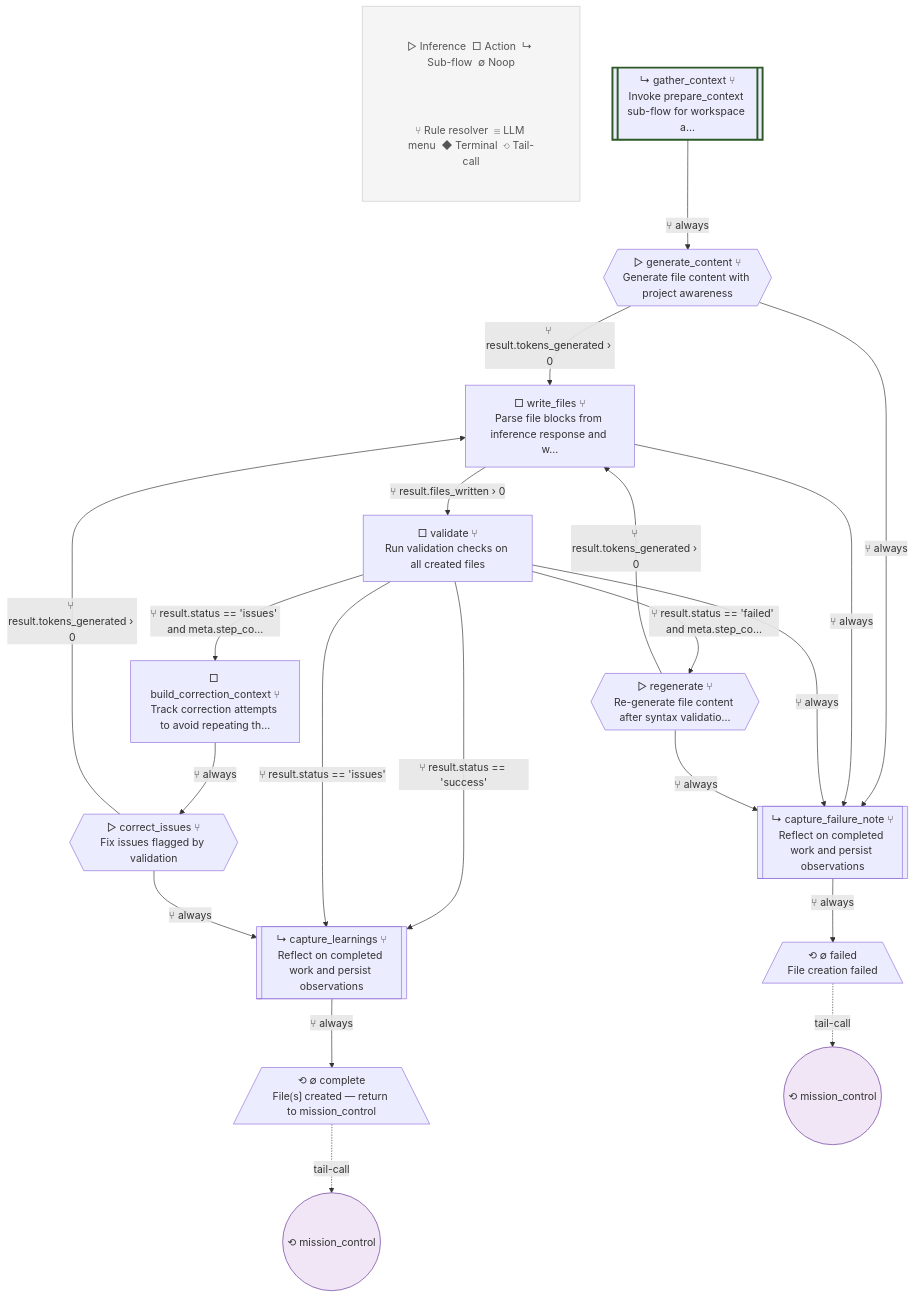
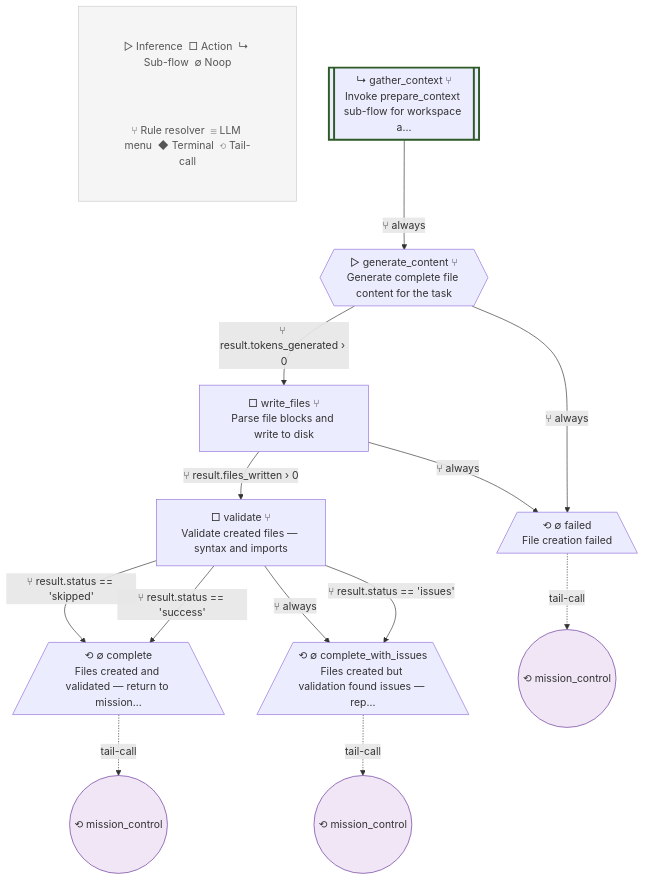
Before and after one commit to lah-rb/ouroboros: the third of 31 diagrams in blueprint.md, drawn with Mermaid. The commit also changed other lines of this file and 32 other files, not shown here.

````diff
--- a/blueprint.md
+++ b/blueprint.md
@@ -403,51 +462,42 @@
 ```mermaid
 flowchart TD
     %% create_file v3
 
     subgraph Legend[" "]
         L1["▷ Inference  □ Action  ↳ Sub-flow  ∅ Noop"]
         L2["⑂ Rule resolver  ☰ LLM menu  ◆ Terminal  ⟲ Tail-call"]
     end
     style Legend fill:#f5f5f5,stroke:#ccc,stroke-width:1px
     style L1 fill:#f5f5f5,stroke:none,color:#555
     style L2 fill:#f5f5f5,stroke:none,color:#555
 
     gather_context[["↳ gather_context ⑂\nInvoke prepare_context sub-flow for workspace a..."]]
-    generate_content{{"▷ generate_content ⑂\nGenerate file content with project awareness"}}
-    write_files["□ write_files ⑂\nParse file blocks from inference response and w..."]
-    validate["□ validate ⑂\nRun validation checks on all created files"]
-    build_correction_context["□ build_correction_context ⑂\nTrack correction attempts to avoid repeating th..."]
-    correct_issues{{"▷ correct_issues ⑂\nFix issues flagged by validation"}}
-    regenerate{{"▷ regenerate ⑂\nRe-generate file content after syntax validatio..."}}
-    capture_learnings[["↳ capture_learnings ⑂\nReflect on completed work and persist observations"]]
-    complete[/"⟲ ∅ complete\nFile⟮s⟯ created — return to mission_control"\]
-    capture_failure_note[["↳ capture_failure_note ⑂\nReflect on completed work and persist observations"]]
+    generate_content{{"▷ generate_content ⑂\nGenerate complete file content for the task"}}
+    write_files["□ write_files ⑂\nParse file blocks and write to disk"]
+    validate["□ validate ⑂\nValidate created files — syntax and imports"]
+    complete[/"⟲ ∅ complete\nFiles created and validated — return to mission..."\]
+    complete_with_issues[/"⟲ ∅ complete_with_issues\nFiles created but validation found issues — rep..."\]
     failed[/"⟲ ∅ failed\nFile creation failed"\]
 
     style gather_context stroke-width:3px,stroke:#2d5a27
 
     gather_context -->|⑂ always| generate_content
     generate_content -->|⑂ result.tokens_generated › 0| write_files
-    generate_content -->|⑂ always| capture_failure_note
+    generate_content -->|⑂ always| failed
     write_files -->|⑂ result.files_written › 0| validate
-    write_files -->|⑂ always| capture_failure_note
-    validate -->|⑂ result.status == 'success'| capture_learnings
-    validate -->|⑂ result.status == 'issues' and meta.step_co...| build_correction_context
-    validate -->|⑂ result.status == 'issues'| capture_learnings
-    validate -->|⑂ result.status == 'failed' and meta.step_co...| regenerate
-    validate -->|⑂ always| capture_failure_note
-    build_correction_context -->|⑂ always| correct_issues
-    correct_issues -->|⑂ result.tokens_generated › 0| write_files
-    correct_issues -->|⑂ always| capture_learnings
-    regenerate -->|⑂ result.tokens_generated › 0| write_files
-    regenerate -->|⑂ always| capture_failure_note
-    capture_learnings -->|⑂ always| complete
+    write_files -->|⑂ always| failed
+    validate -->|⑂ result.status == 'success'| complete
+    validate -->|⑂ result.status == 'issues'| complete_with_issues
+    validate -->|⑂ result.status == 'skipped'| complete
+    validate -->|⑂ always| complete_with_issues
     tc_complete(("⟲ mission_control"))
     style tc_complete fill:#f0e6f6,stroke:#663399
     complete -.->|tail-call| tc_complete
-    capture_failure_note -->|⑂ always| failed
+    tc_complete_with_issues(("⟲ mission_control"))
+    style tc_complete_with_issues fill:#f0e6f6,stroke:#663399
+    complete_with_issues -.->|tail-call| tc_complete_with_issues
     tc_failed(("⟲ mission_control"))
     style tc_failed fill:#f0e6f6,stroke:#663399
     failed -.->|tail-call| tc_failed
 
 ```
````
